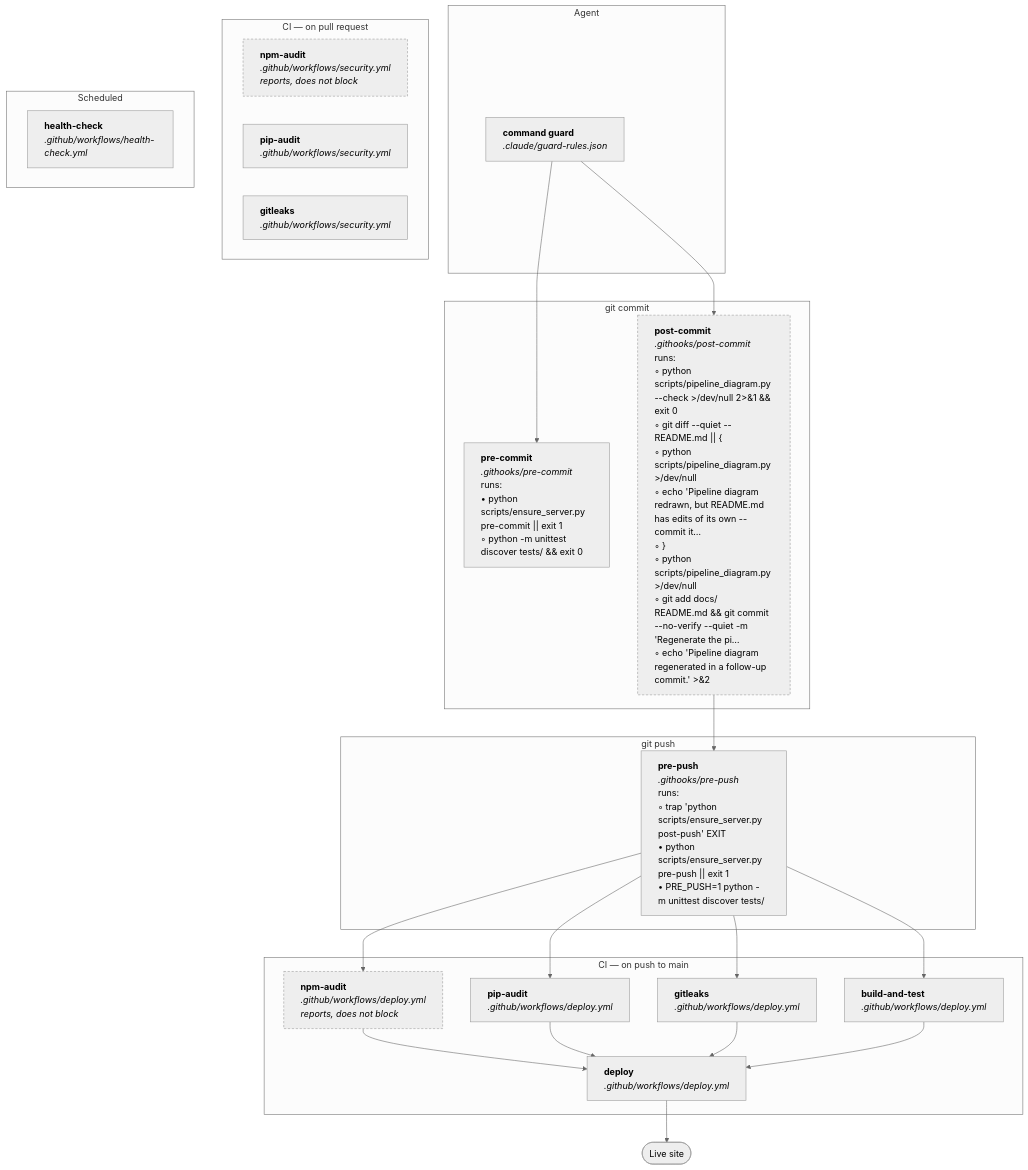
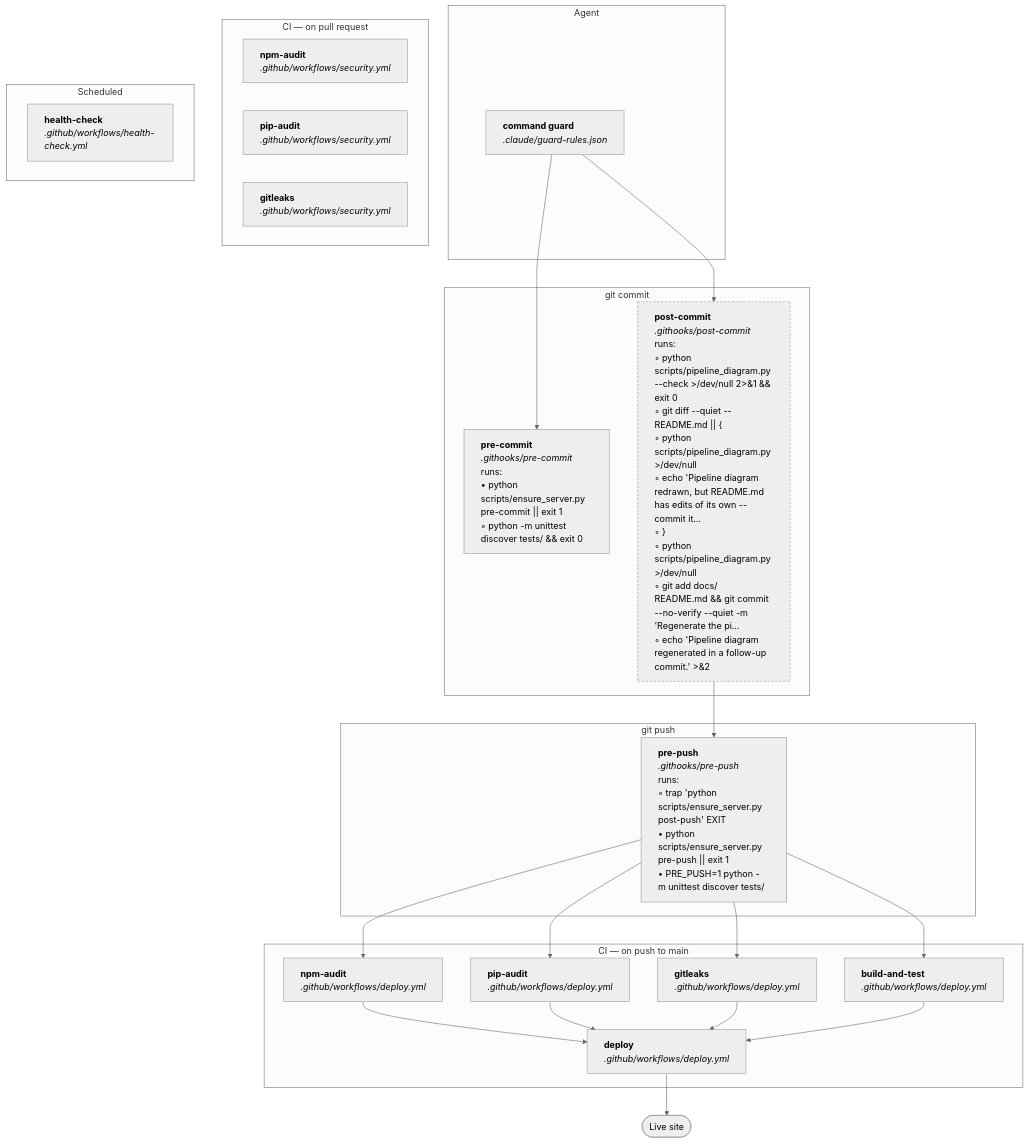
One commit to buedaswag/landing-page changed the diagram in docs/pipeline.mmd. Above: the diagram before and after it, drawn with Mermaid (neutral theme). The commit also changed 3 other files, not shown here.

First line of the commit message:
Regenerate the pipeline diagram

```diff
--- a/docs/pipeline.mmd
+++ b/docs/pipeline.mmd
@@ -1,41 +1,41 @@
 graph TD
     subgraph agent["Agent"]
         command_guard["<div style='text-align:left'><b>command guard</b><br/><i>.claude/guard-rules.json</i></div>"]
     end
     subgraph commit["git commit"]
         pre_commit["<div style='text-align:left'><b>pre-commit</b><br/><i>.githooks/pre-commit</i><br/>runs:<br/>• python scripts/ensure_server.py pre-commit #124;#124; exit 1<br/>◦ python -m unittest discover tests/ && exit 0</div>"]
         post_commit["<div style='text-align:left'><b>post-commit</b><br/><i>.githooks/post-commit</i><br/>runs:<br/>◦ python scripts/pipeline_diagram.py --check >/dev/null 2>&1 && exit 0<br/>◦ git diff --quiet -- README.md #124;#124; #123;<br/>◦ python scripts/pipeline_diagram.py >/dev/null<br/>◦ echo 'Pipeline diagram redrawn, but README.md has edits of its own -- commit it…<br/>◦ #125;<br/>◦ python scripts/pipeline_diagram.py >/dev/null<br/>◦ git add docs/ README.md && git commit --no-verify --quiet -m 'Regenerate the pi…<br/>◦ echo 'Pipeline diagram regenerated in a follow-up commit.' >&2</div>"]
     end
     subgraph push["git push"]
         pre_push["<div style='text-align:left'><b>pre-push</b><br/><i>.githooks/pre-push</i><br/>runs:<br/>◦ trap 'python scripts/ensure_server.py post-push' EXIT<br/>• python scripts/ensure_server.py pre-push #124;#124; exit 1<br/>• PRE_PUSH=1 python -m unittest discover tests/</div>"]
     end
     subgraph ci["CI — on push to main"]
-        deploy_npm_audit["<div style='text-align:left'><b>npm-audit</b><br/><i>.github/workflows/deploy.yml</i><br/><i>reports, does not block</i></div>"]
+        deploy_npm_audit["<div style='text-align:left'><b>npm-audit</b><br/><i>.github/workflows/deploy.yml</i></div>"]
         deploy_pip_audit["<div style='text-align:left'><b>pip-audit</b><br/><i>.github/workflows/deploy.yml</i></div>"]
         deploy_gitleaks["<div style='text-align:left'><b>gitleaks</b><br/><i>.github/workflows/deploy.yml</i></div>"]
         deploy_build_and_test["<div style='text-align:left'><b>build-and-test</b><br/><i>.github/workflows/deploy.yml</i></div>"]
         deploy_deploy["<div style='text-align:left'><b>deploy</b><br/><i>.github/workflows/deploy.yml</i></div>"]
     end
     subgraph pr["CI — on pull request"]
-        security_npm_audit["<div style='text-align:left'><b>npm-audit</b><br/><i>.github/workflows/security.yml</i><br/><i>reports, does not block</i></div>"]
+        security_npm_audit["<div style='text-align:left'><b>npm-audit</b><br/><i>.github/workflows/security.yml</i></div>"]
         security_pip_audit["<div style='text-align:left'><b>pip-audit</b><br/><i>.github/workflows/security.yml</i></div>"]
         security_gitleaks["<div style='text-align:left'><b>gitleaks</b><br/><i>.github/workflows/security.yml</i></div>"]
     end
     subgraph scheduled["Scheduled"]
         health_check_health_check["<div style='text-align:left'><b>health-check</b><br/><i>.github/workflows/health-check.yml</i></div>"]
     end
     live(["Live site"])
     command_guard --> pre_commit
     command_guard --> post_commit
     post_commit --> pre_push
     pre_push --> deploy_npm_audit
     pre_push --> deploy_pip_audit
     pre_push --> deploy_gitleaks
     pre_push --> deploy_build_and_test
     deploy_npm_audit --> deploy_deploy
     deploy_pip_audit --> deploy_deploy
     deploy_gitleaks --> deploy_deploy
     deploy_build_and_test --> deploy_deploy
     deploy_deploy --> live
     classDef reports stroke-dasharray: 4 3
-    class post_commit,deploy_npm_audit,security_npm_audit reports
+    class post_commit reports
```
